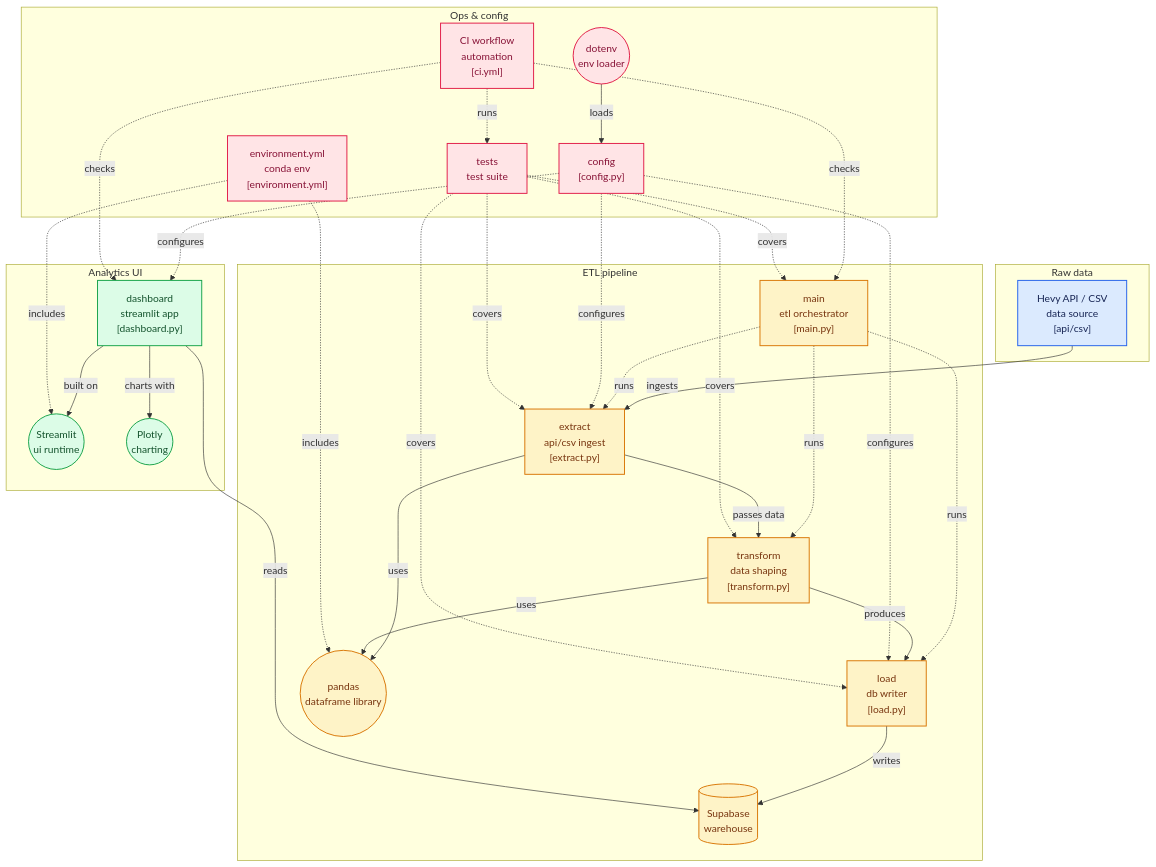
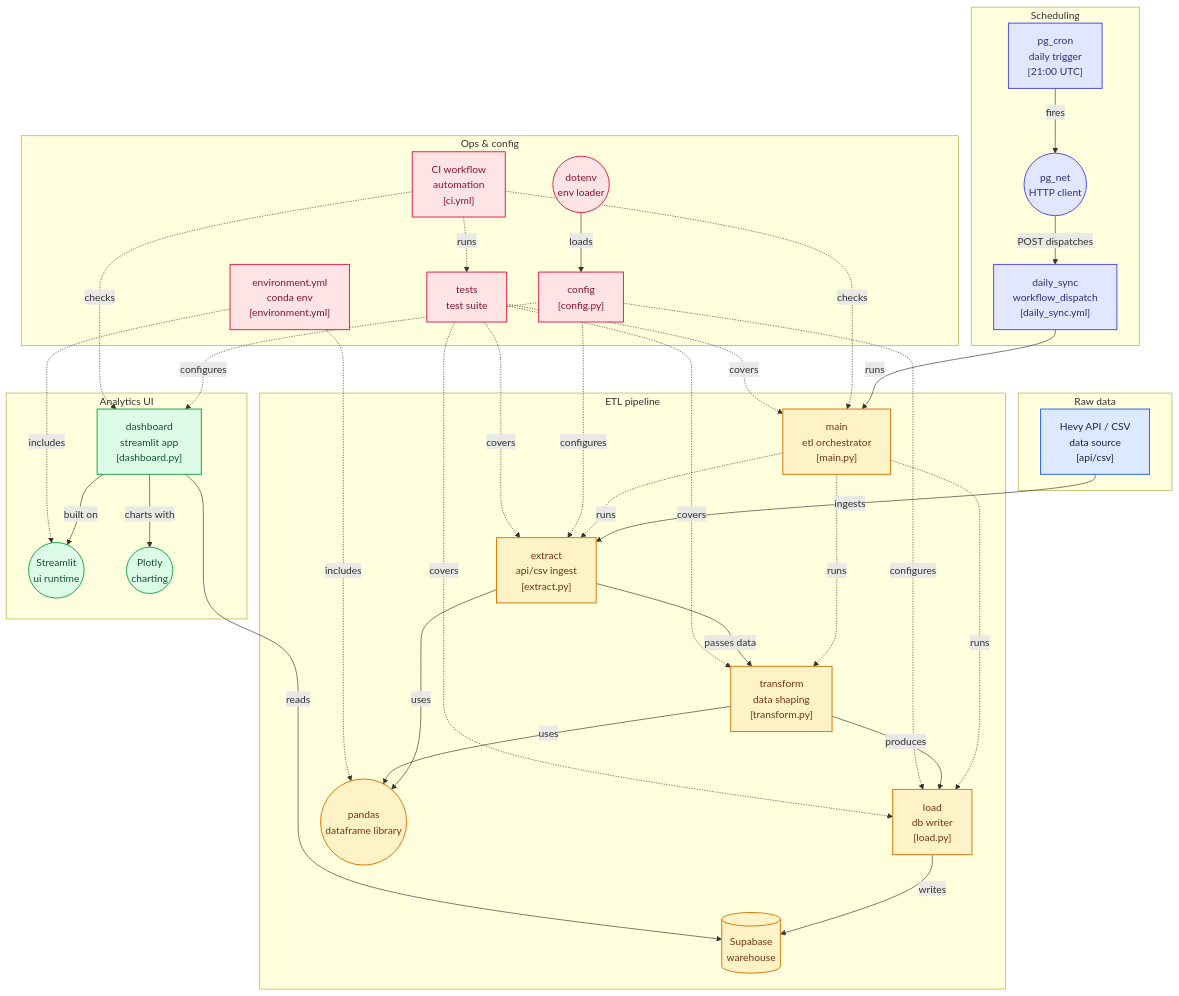
Before and after one commit to ahmed-abdelwahed1/hevy-flow: the second of 2 diagrams in README.md, drawn with Mermaid. The commit also changed other lines of this file, not shown here.

Commit message:
docs: update README to reflect Supabase pg_cron scheduling architecture

````diff
--- a/README.md
+++ b/README.md
@@ -77,6 +77,16 @@
   node_n_ci["CI workflow<br/>automation<br/>[ci.yml]"]
   node_n_tests["tests<br/>test suite"]
 end
+
+subgraph group_g_sched["Scheduling"]
+  node_n_pgcron["pg_cron<br/>daily trigger<br/>[21:00 UTC]"]
+  node_n_pgnet(("pg_net<br/>HTTP client"))
+  node_n_daily["daily_sync<br/>workflow_dispatch<br/>[daily_sync.yml]"]
+end
+
+node_n_pgcron -->|"fires"| node_n_pgnet
+node_n_pgnet -->|"POST dispatches"| node_n_daily
+node_n_daily -->|"runs"| node_n_main
 
 node_n_raw_csv -->|"ingests"| node_n_extract
 node_n_main -.->|"runs"| node_n_extract
@@ -125,4 +135,5 @@
 class node_n_main,node_n_extract,node_n_transform,node_n_load,node_n_pandas,node_n_supabase toneAmber
 class node_n_dashboard,node_n_streamlit,node_n_plotly toneMint
 class node_n_config,node_n_dotenv,node_n_env,node_n_ci,node_n_tests toneRose
+class node_n_pgcron,node_n_pgnet,node_n_daily toneIndigo
 ```
````
